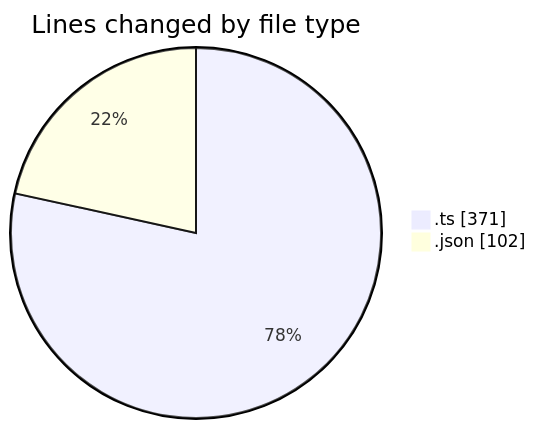
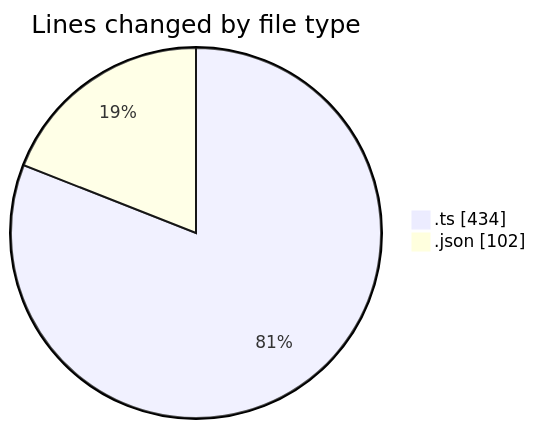
The first of 2 diagrams in 2026-03-30/cinema/README.md (igalym/code-tracking), drawn with Mermaid before and after one commit. The commit also changed other lines of this file and 1 other file, not shown here.

````diff
--- a/2026-03-30/cinema/README.md
+++ b/2026-03-30/cinema/README.md
@@ -33,6 +36,6 @@
 ```mermaid
 pie showData
 title Lines changed by file type
-".ts" : 371
+".ts" : 434
 ".json" : 102
 ```
````
